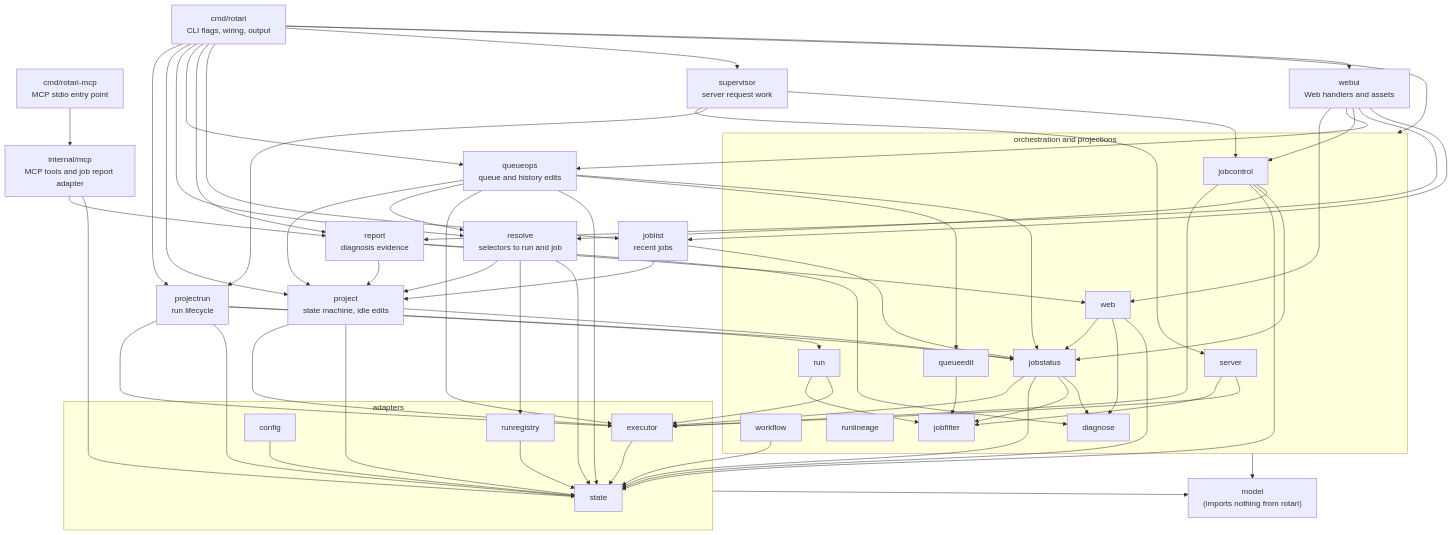
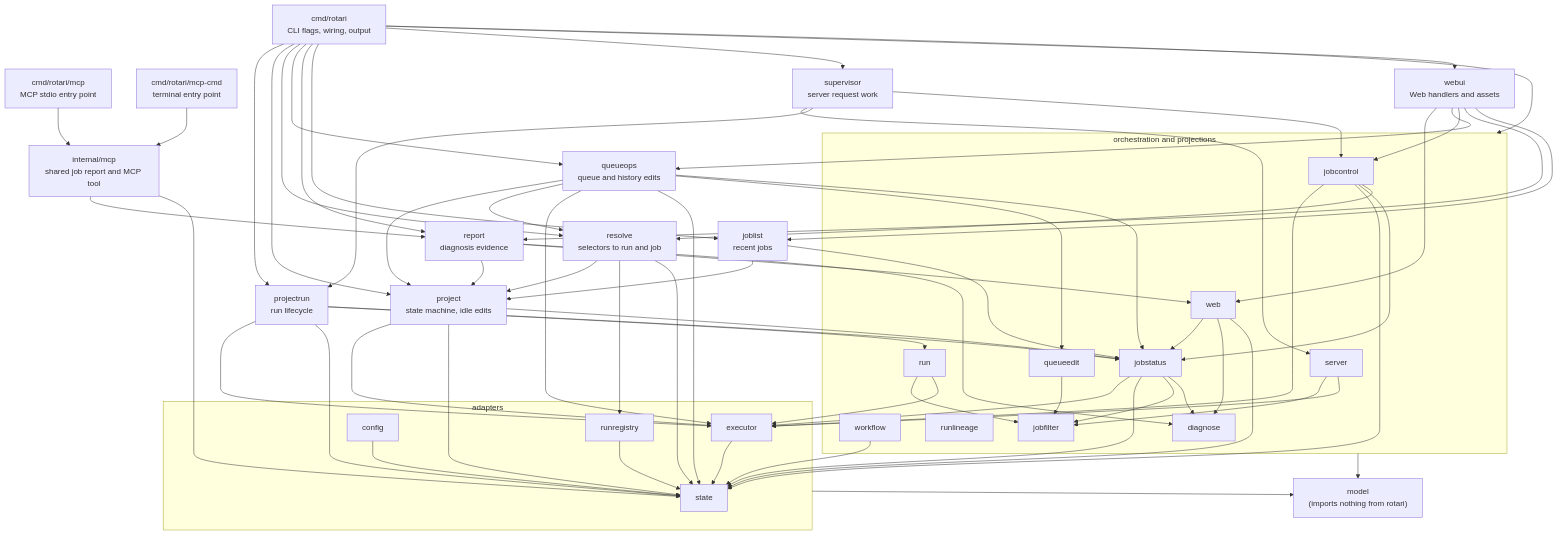
Before and after one commit to kamo-naoyuki/rotari: the second of 2 diagrams in docs/ARCHITECTURE.md, drawn with Mermaid. The commit also changed other lines of this file and 5 other files, not shown here.

Commit message:
Share job inspection across MCP and terminal

````diff
--- a/docs/ARCHITECTURE.md
+++ b/docs/ARCHITECTURE.md
@@ -107,8 +109,9 @@
 ```mermaid
 flowchart TB
   cmd["cmd/rotari<br/>CLI flags, wiring, output"]
-   mcpcommand["cmd/rotari-mcp<br/>MCP stdio entry point"]
-   mcpadapter["internal/mcp<br/>MCP tools and job report adapter"]
+   mcpserver["cmd/rotari/mcp<br/>MCP stdio entry point"]
+   mcpcmd["cmd/rotari/mcp-cmd<br/>terminal entry point"]
+   mcpadapter["internal/mcp<br/>shared job report and MCP tool"]
   projectrun["projectrun<br/>run lifecycle"]
   project["project<br/>state machine, idle edits"]
   resolve["resolve<br/>selectors to run and job"]
@@ -148,7 +151,8 @@
   queueops --> state
   queueops --> jobstatus
   cmd --> report
-   mcpcommand --> mcpadapter
+   mcpserver --> mcpadapter
+   mcpcmd --> mcpadapter
    mcpadapter --> report
    mcpadapter --> state
   report --> web
````
